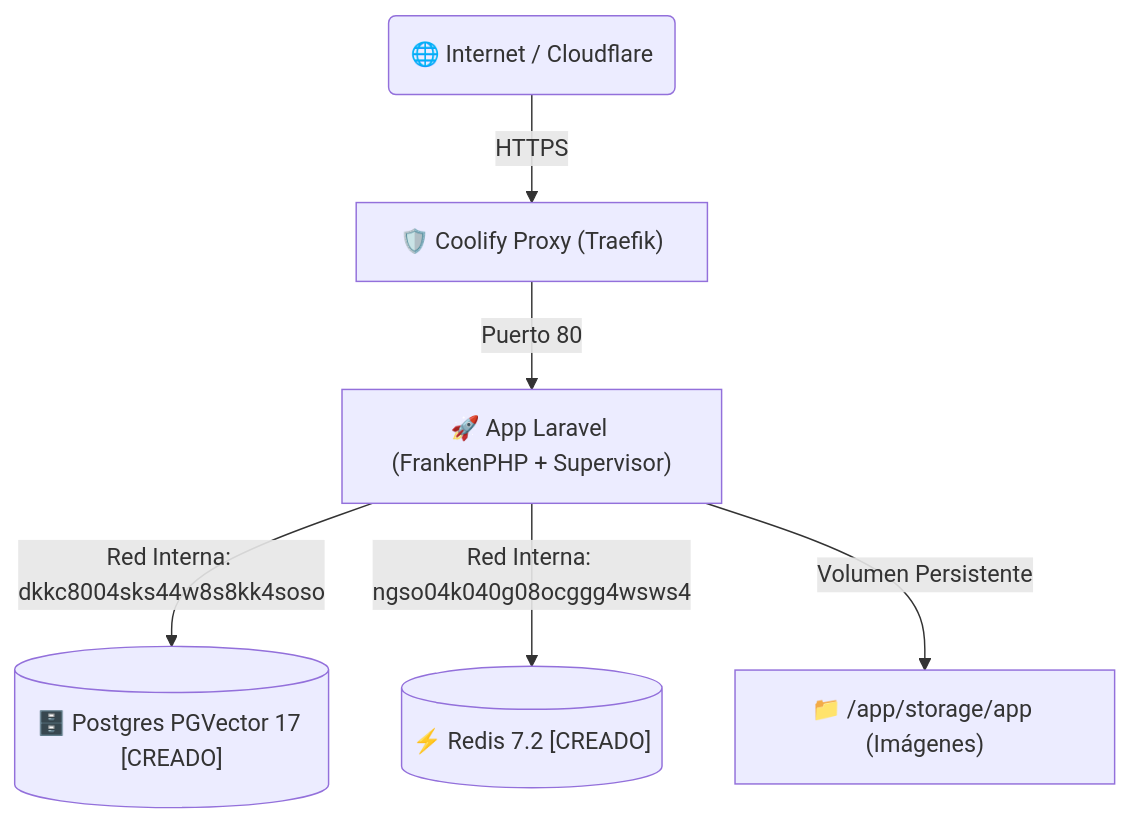
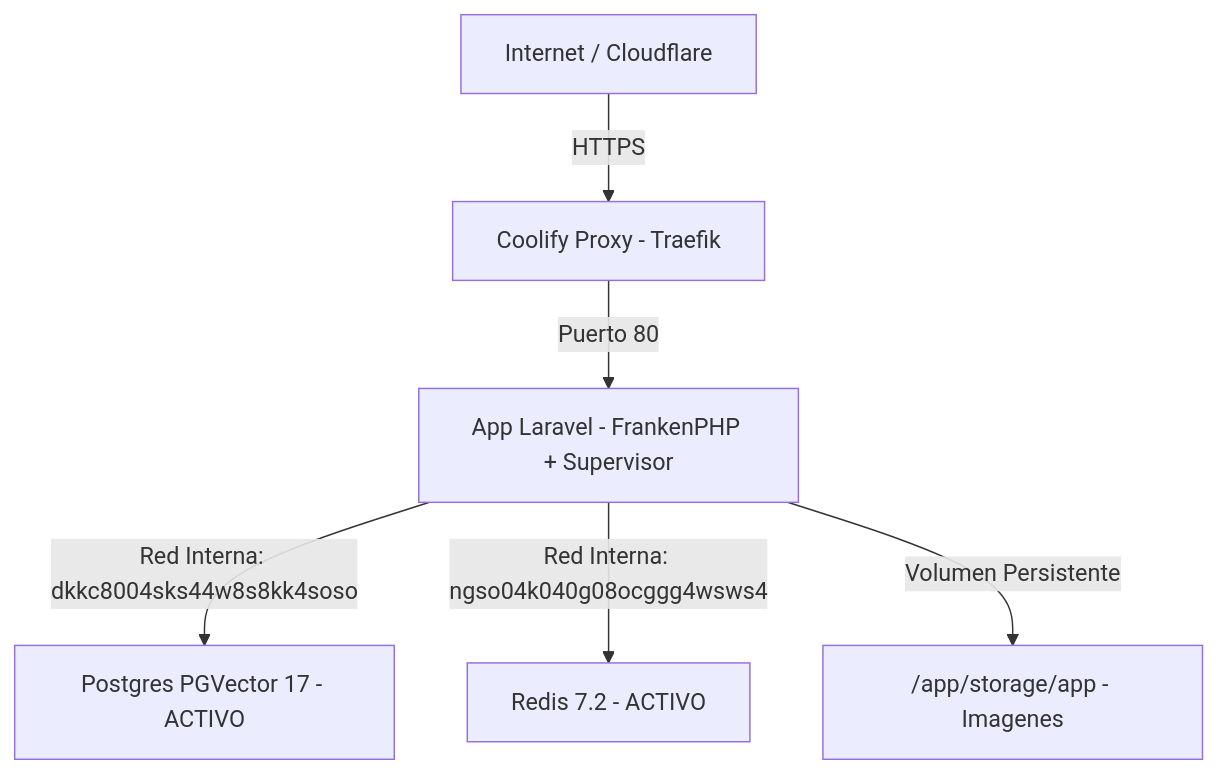
The diagram in docs/deploy_coolify.md (funcion/news), drawn with Mermaid before and after one commit. The commit also changed other lines of this file, not shown here.

Commit message:
docs: complete deploy_coolify.md with all env vars, gotchas, and architecture

````diff
--- a/docs/deploy_coolify.md
+++ b/docs/deploy_coolify.md
@@ -9,9 +9,9 @@
 ```mermaid
 graph TD
-    User("🌐 Internet / Cloudflare") -->|HTTPS| Traefik["🛡️ Coolify Proxy (Traefik)"]
-    Traefik -->|Puerto 80| App["🚀 App Laravel (FrankenPHP + Supervisor)"]
+    User["Internet / Cloudflare"] -->|HTTPS| Traefik["Coolify Proxy - Traefik"]
+    Traefik -->|Puerto 80| App["App Laravel - FrankenPHP + Supervisor"]
 
-    App -->|Red Interna: dkkc8004sks44w8s8kk4soso| Postgres[("🗄️ Postgres PGVector 17 [CREADO]")]
-    App -->|Red Interna: ngso04k040g08ocggg4wsws4| Redis[("⚡ Redis 7.2 [CREADO]")]
-    App -->|Volumen Persistente| StorageVol["📁 /app/storage/app (Imágenes)"]
+    App -->|Red Interna: dkkc8004sks44w8s8kk4soso| Postgres["Postgres PGVector 17 - ACTIVO"]
+    App -->|Red Interna: ngso04k040g08ocggg4wsws4| Redis["Redis 7.2 - ACTIVO"]
+    App -->|Volumen Persistente| StorageVol["/app/storage/app - Imagenes"]
 ```
````
